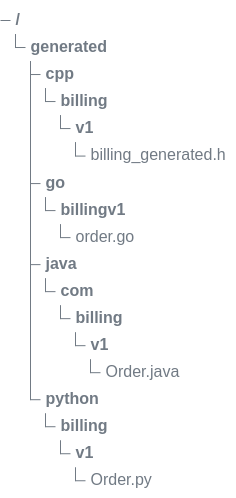
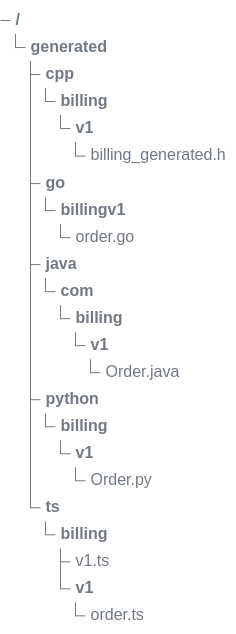
The fourth of 7 diagrams in README.md (the-protobuf-project/buffers), drawn with Mermaid before and after one commit. The commit also changed other lines of this file and 8 other files, not shown here.

````diff
--- a/README.md
+++ b/README.md
@@ -342,27 +371,32 @@
 ```mermaid
 ---
 config:
   themeVariables:
     treeView:
       labelColor: "#717a84"
       lineColor: "#717a84"
 ---
 treeView-beta
     generated/
         cpp/
             billing/
                 v1/
                     billing_generated.h
         go/
             billingv1/
                 order.go
         java/
             com/
                 billing/
                     v1/
                         Order.java
         python/
             billing/
                 v1/
                     Order.py
+        ts/
+            billing/
+                v1.ts
+                v1/
+                    order.ts
 ```
````
